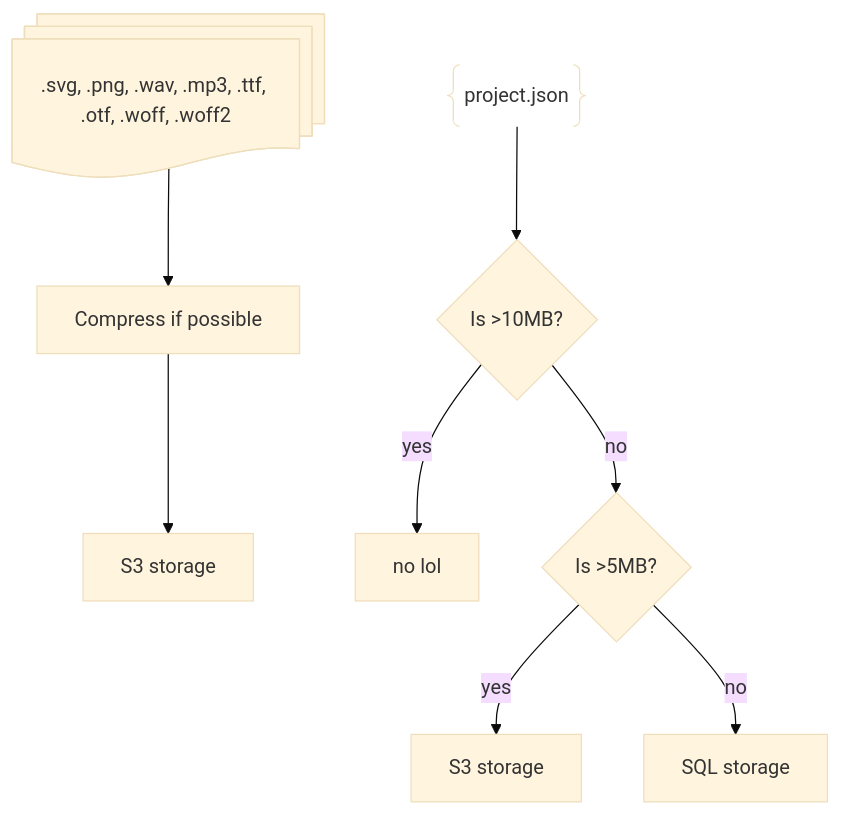
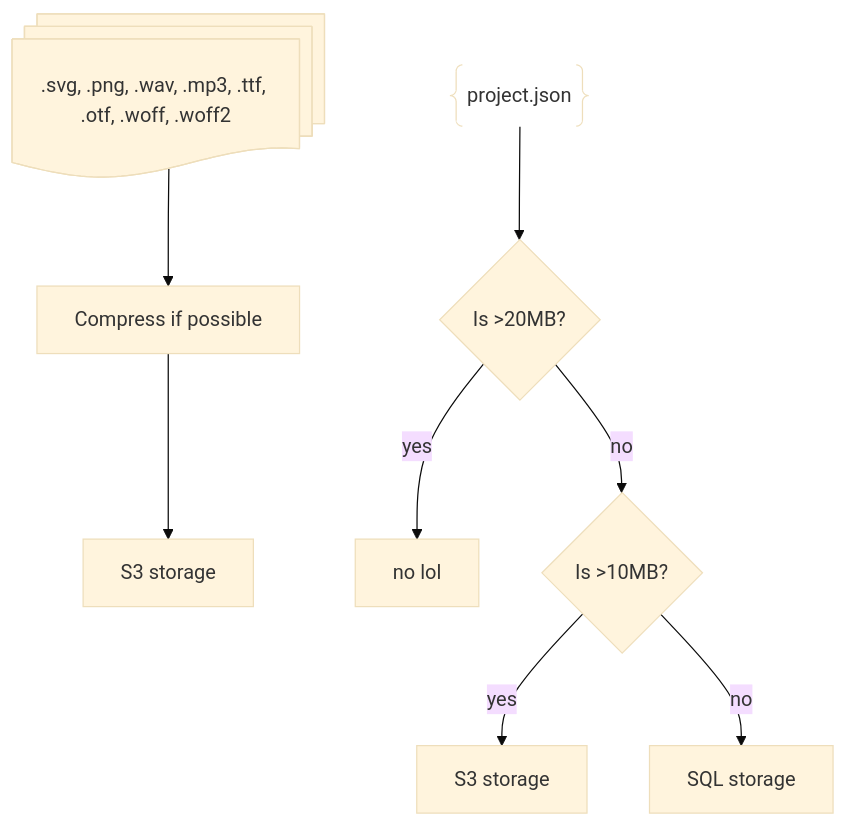
Before and after one commit to amp-mod/aw3: the diagram in README.md, drawn with Mermaid (base theme).

Commit message:
docs: change project size limits

````diff
--- a/README.md
+++ b/README.md
@@ -54,15 +54,15 @@
 ```mermaid
 flowchart TB
     n2[".svg, .png, .wav, .mp3, .ttf, .otf, .woff, .woff2"] --> n5["Compress if possible"]
-    n1["project.json"] --> n6["Is &gt;10MB?"]
+    n1["project.json"] --> n6["Is &gt;20MB?"]
     n5 --> n7["S3 storage"]
     n6 -- yes --> n8["no lol"]
-    n6 -- no --> n10["Is &gt;5MB?"]
+    n6 -- no --> n10["Is &gt;10MB?"]
     n10 -- yes --> n11["S3 storage"]
     n10 -- no --> n12["SQL storage"]
 
     n2@{ shape: docs}
     n1@{ shape: braces}
     n6@{ shape: diam}
     n10@{ shape: diam}
 ```
````
